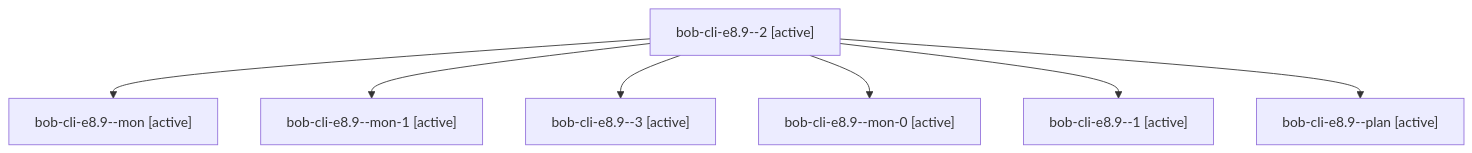
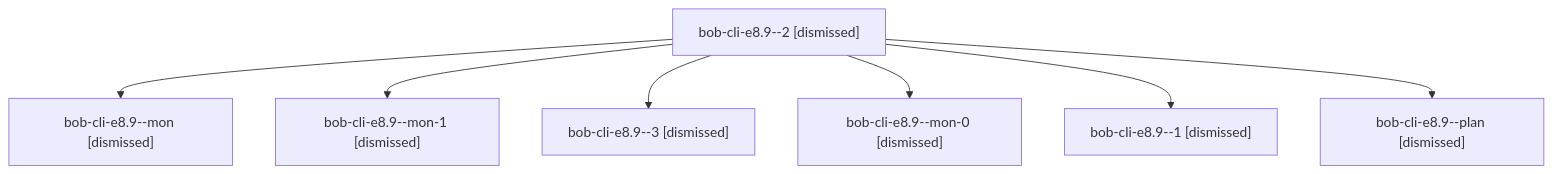
Before and after one commit to bobs-org/bob-cli--agents: the diagram in sessions/bbugyi200.apollo.bob-cli-e8.9.md, drawn with Mermaid. The commit also changed other lines of this file and 212 other files, not shown here.

````diff
--- a/sessions/bbugyi200.apollo.bob-cli-e8.9.md
+++ b/sessions/bbugyi200.apollo.bob-cli-e8.9.md
@@ -9,16 +9,16 @@
 ```mermaid
 flowchart TD
-  n0["bob-cli-e8.9--2 [active]"]
-  n1["bob-cli-e8.9--mon [active]"]
+  n0["bob-cli-e8.9--2 [dismissed]"]
+  n1["bob-cli-e8.9--mon [dismissed]"]
   n0 --> n1
-  n2["bob-cli-e8.9--mon-1 [active]"]
+  n2["bob-cli-e8.9--mon-1 [dismissed]"]
   n0 --> n2
-  n3["bob-cli-e8.9--3 [active]"]
+  n3["bob-cli-e8.9--3 [dismissed]"]
   n0 --> n3
-  n4["bob-cli-e8.9--mon-0 [active]"]
+  n4["bob-cli-e8.9--mon-0 [dismissed]"]
   n0 --> n4
-  n5["bob-cli-e8.9--1 [active]"]
+  n5["bob-cli-e8.9--1 [dismissed]"]
   n0 --> n5
-  n6["bob-cli-e8.9--plan [active]"]
+  n6["bob-cli-e8.9--plan [dismissed]"]
   n0 --> n6
 ```
````
